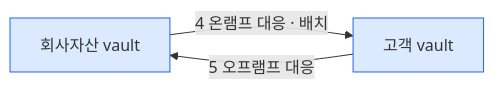
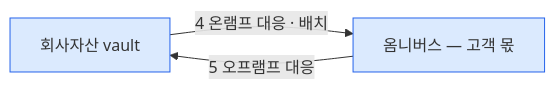
The third of 3 diagrams in blockchain-manager/docs/BC/설계/09-asset-map.md (eunsujeo/eunpus), drawn with Mermaid before and after one commit. The commit also changed other lines of this file and 1 other file, not shown here.

Commit message:
델타 정산의 고객자산 쪽 당사자를 옴니버스로 바로잡는다
램프·스왑 문서가 고객 자산 지갑을 "고객 몫 omnibus" 로 정의한다.
자산 이동 지도의 4·5 행과 델타 다이어그램, Gateway 운영 설계의 전제 표가
고객 vault 로 잘못 적혀 있었다.

````diff
--- a/blockchain-manager/docs/BC/설계/09-asset-map.md
+++ b/blockchain-manager/docs/BC/설계/09-asset-map.md
@@ -71,11 +71,11 @@
 ```mermaid
 flowchart LR
   CO["회사자산 vault"]
-  CV["고객 vault"]
+  OM["옴니버스 — 고객 몫"]
 
-  CO -->|4 온램프 대응 · 배치| CV
-  CV -->|5 오프램프 대응| CO
+  CO -->|4 온램프 대응 · 배치| OM
+  OM -->|5 오프램프 대응| CO
 
   classDef vault fill:#dbeafe,stroke:#2563eb
-  class CO,CV vault
+  class CO,OM vault
 ```
````
